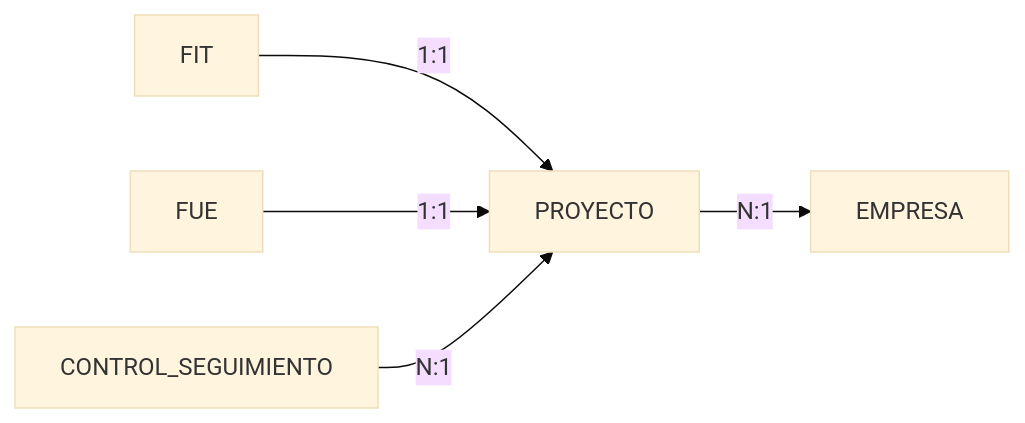
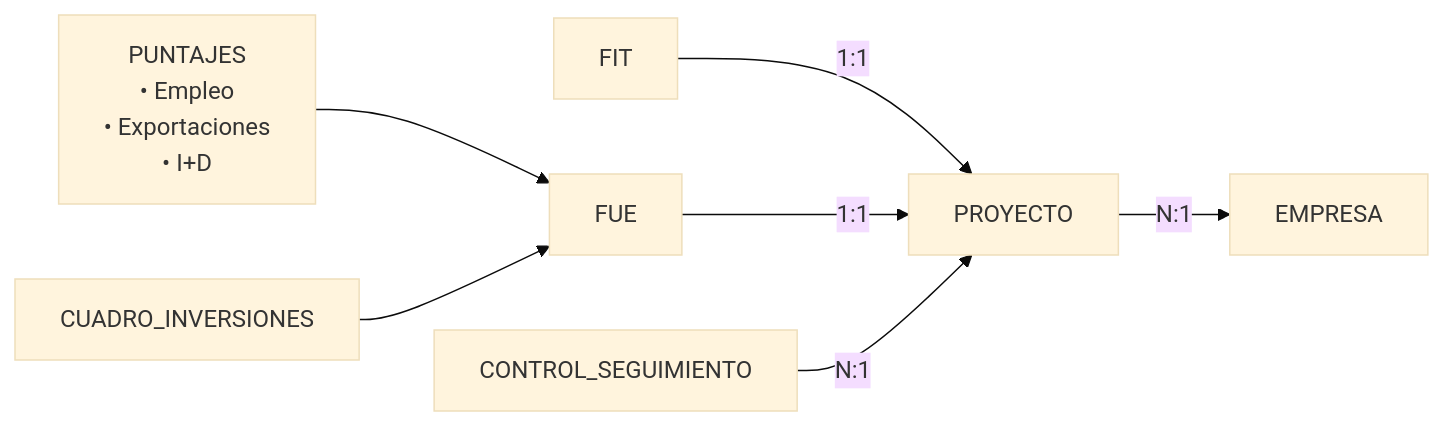
One commit to rlabuonora/comap changed the third of 3 diagrams in presentation/slides.qmd. Above: the diagram before and after it, drawn with Mermaid (base theme). The commit also changed other lines of this file and 8 other files, not shown here.

````diff
--- a/presentation/slides.qmd
+++ b/presentation/slides.qmd
@@ -105,10 +158,11 @@
 ```{mermaid}
 flowchart LR
 
     PROYECTO -- "N:1" --> EMPRESA
     FIT -- "1:1" --> PROYECTO
     FUE -- "1:1" --> PROYECTO
     CONTROL_SEGUIMIENTO -- "N:1" --> PROYECTO
-
+    PUNTAJES["PUNTAJES<br/>• Empleo<br/>• Exportaciones<br/>• I+D"] --> FUE
+    CUADRO_INVERSIONES --> FUE
 
 ```
````
